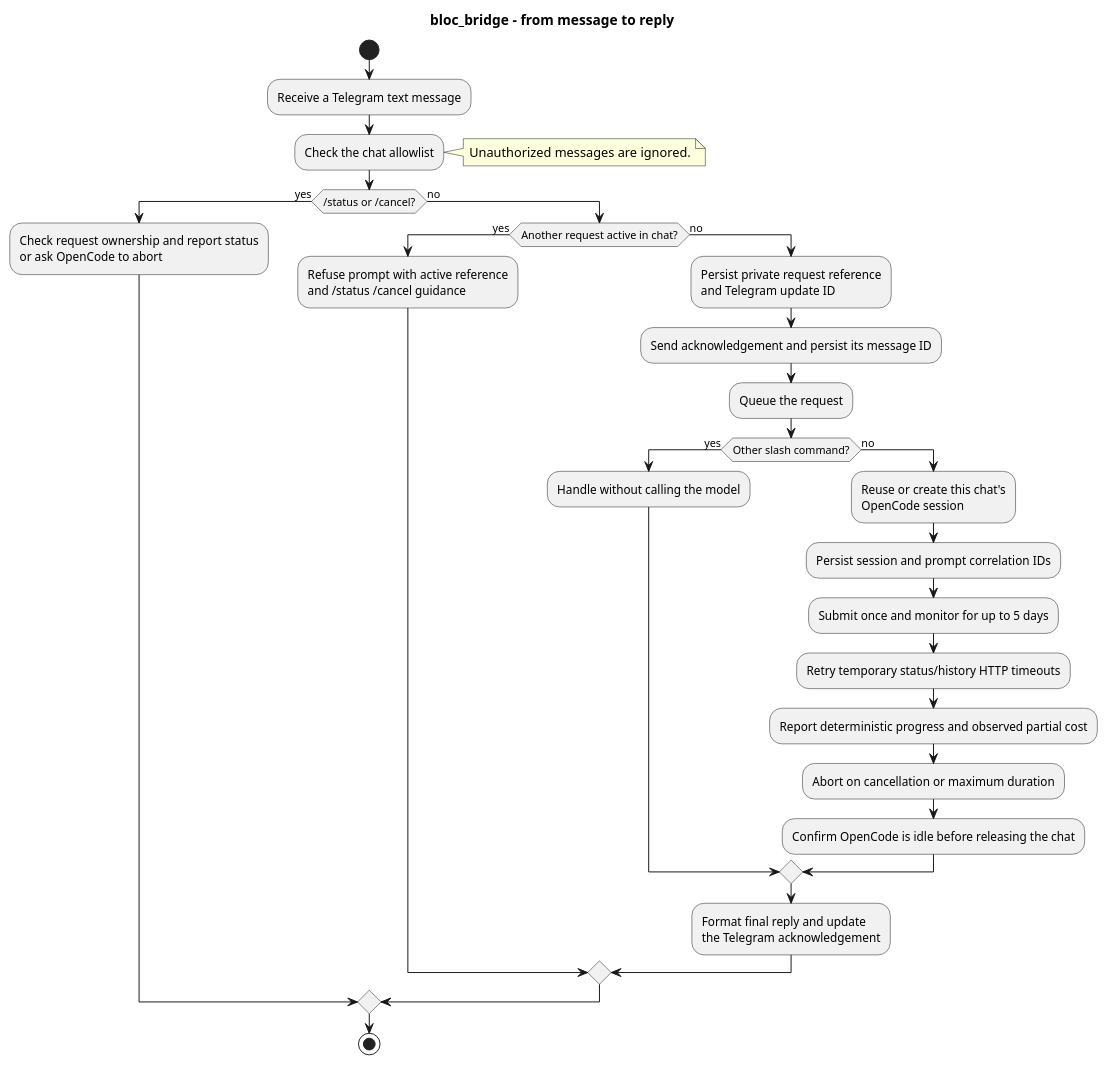
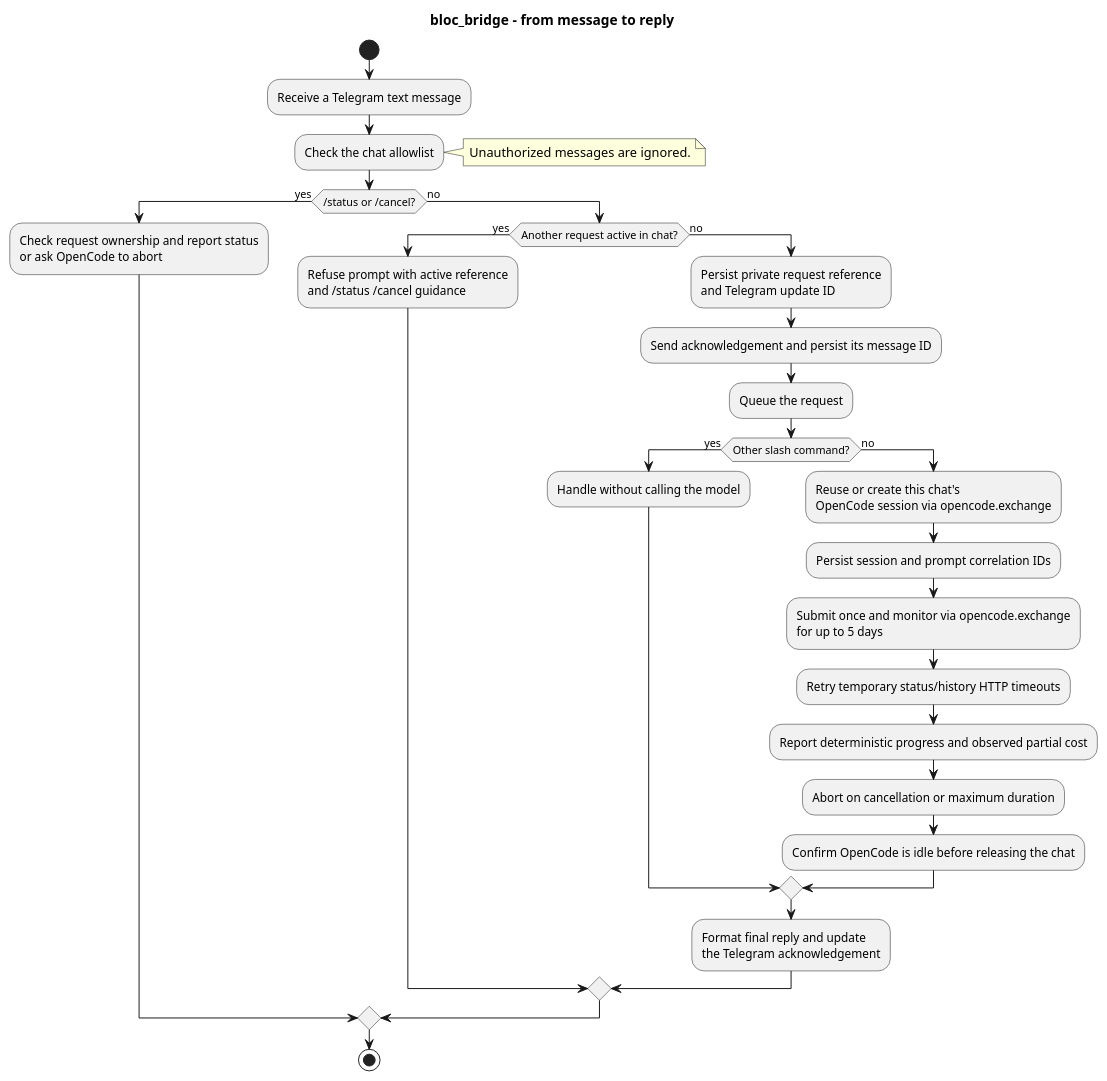
Before and after one commit to boly38/bloc: the diagram in docs/diagrams/bloc_bridge-overview.puml, drawn with PlantUML. The commit also changed 3 other files, not shown here.

Commit message:
docs: document OpenCode exchange module

```diff
--- a/docs/diagrams/bloc_bridge-overview.puml
+++ b/docs/diagrams/bloc_bridge-overview.puml
@@ -1,35 +1,35 @@
 @startuml
 title bloc_bridge - from message to reply
 skinparam shadowing false
 
 start
 :Receive a Telegram text message;
 :Check the chat allowlist;
 note right
   Unauthorized messages are ignored.
 end note
 if (/status or /cancel?) then (yes)
   :Check request ownership and report status\nor ask OpenCode to abort;
 else (no)
   if (Another request active in chat?) then (yes)
     :Refuse prompt with active reference\nand /status /cancel guidance;
   else (no)
     :Persist private request reference\nand Telegram update ID;
     :Send acknowledgement and persist its message ID;
     :Queue the request;
     if (Other slash command?) then (yes)
       :Handle without calling the model;
     else (no)
-      :Reuse or create this chat's\nOpenCode session;
+      :Reuse or create this chat's\nOpenCode session via opencode.exchange;
       :Persist session and prompt correlation IDs;
-      :Submit once and monitor for up to 5 days;
+      :Submit once and monitor via opencode.exchange\nfor up to 5 days;
       :Retry temporary status/history HTTP timeouts;
       :Report deterministic progress and observed partial cost;
       :Abort on cancellation or maximum duration;
       :Confirm OpenCode is idle before releasing the chat;
     endif
     :Format final reply and update\nthe Telegram acknowledgement;
   endif
 endif
 stop
 @enduml
```
